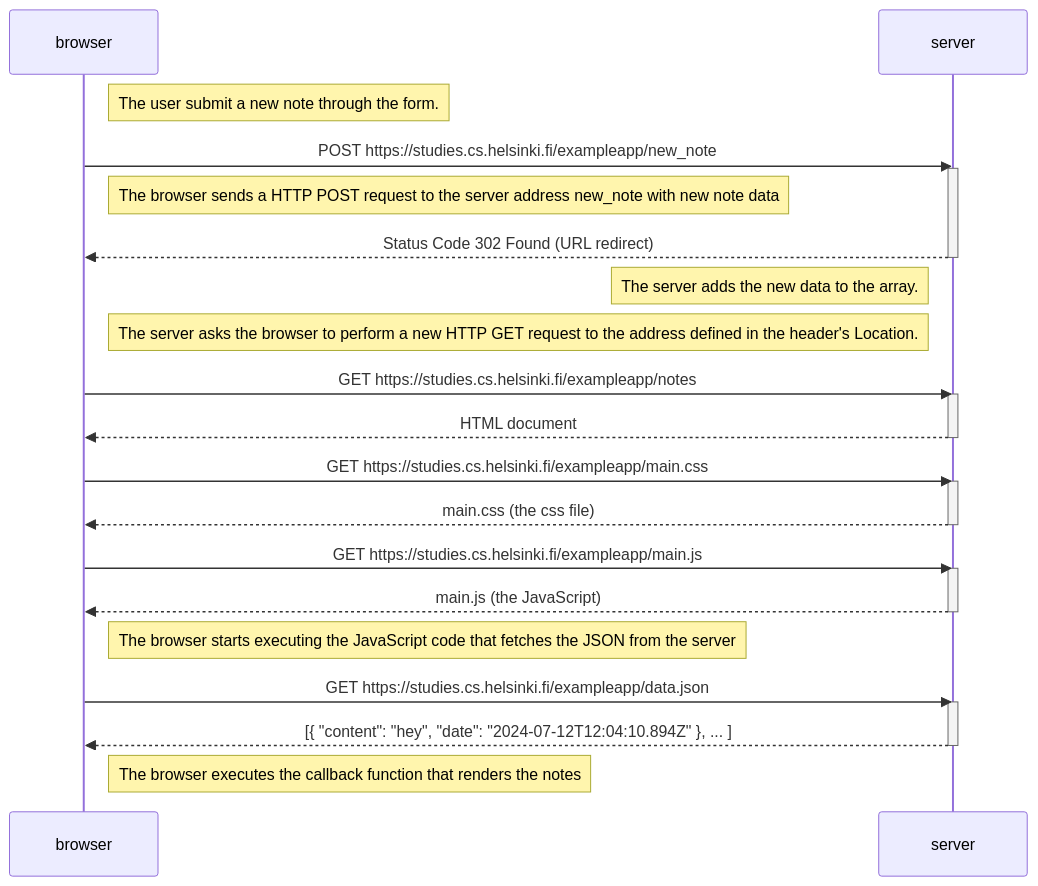
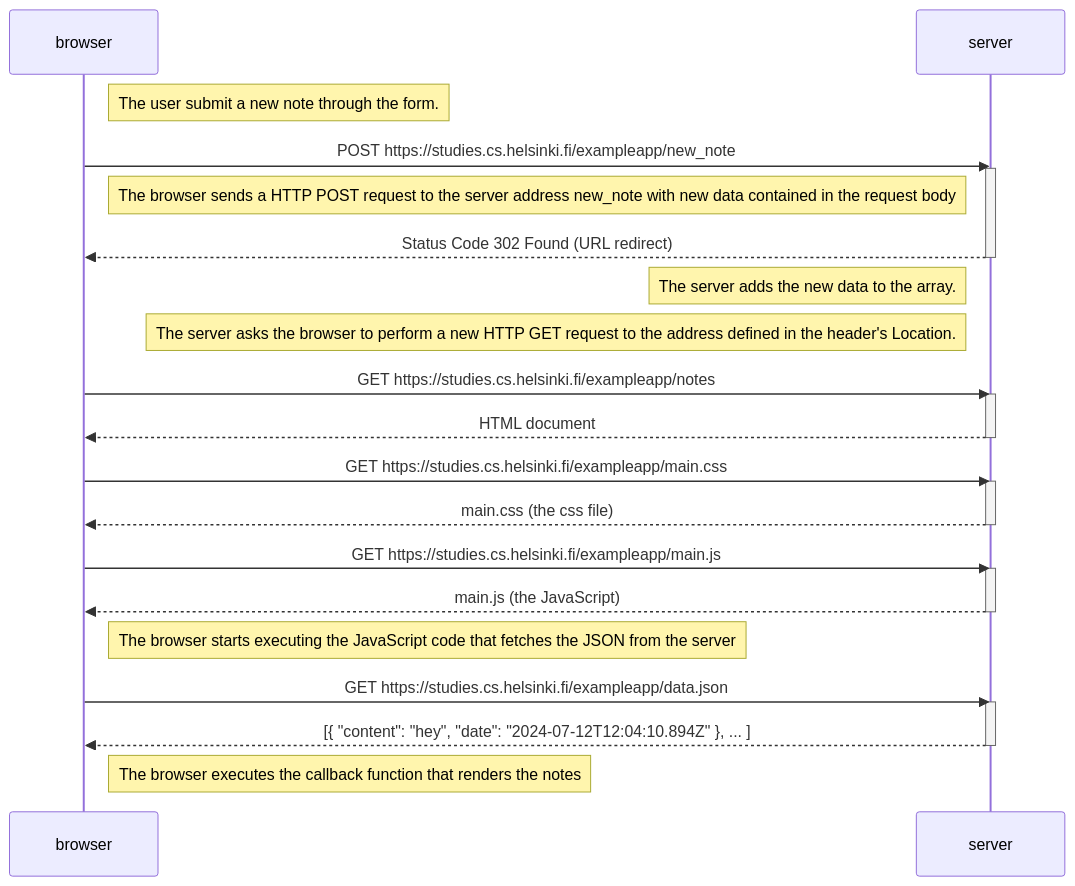
Before and after one commit to XXChen914/Part0: the diagram in 0.4-new-note-diagram.md, drawn with Mermaid.

````diff
--- a/0.4-new-note-diagram.md
+++ b/0.4-new-note-diagram.md
@@ -1,42 +1,42 @@
 ```mermaid
 sequenceDiagram
     participant browser
     participant server
 
     Note right of browser: The user submit a new note through the form.
 
     browser->>server: POST https://studies.cs.helsinki.fi/exampleapp/new_note
     activate server
 
-    Note right of browser: The browser sends a HTTP POST request to the server address new_note with new note data
+    Note right of browser: The browser sends a HTTP POST request to the server address new_note with new data contained in the request body
 
     server-->>browser: Status Code 302 Found (URL redirect)
     deactivate server
 
     Note left of server: The server adds the new data to the array.
     Note left of server: The server asks the browser to perform a new HTTP GET request to the address defined in the header's Location.
 
     browser->>server: GET https://studies.cs.helsinki.fi/exampleapp/notes
     activate server
     server-->>browser: HTML document
     deactivate server
 
     browser->>server: GET https://studies.cs.helsinki.fi/exampleapp/main.css
     activate server
     server-->>browser: main.css (the css file)
     deactivate server
 
     browser->>server: GET https://studies.cs.helsinki.fi/exampleapp/main.js
     activate server
     server-->>browser: main.js (the JavaScript)
     deactivate server
 
     Note right of browser: The browser starts executing the JavaScript code that fetches the JSON from the server
 
     browser->>server: GET https://studies.cs.helsinki.fi/exampleapp/data.json
     activate server
     server-->>browser: [{ "content": "hey", "date": "2024-07-12T12:04:10.894Z" }, ... ]
     deactivate server
 
     Note right of browser: The browser executes the callback function that renders the notes
 ```
````
